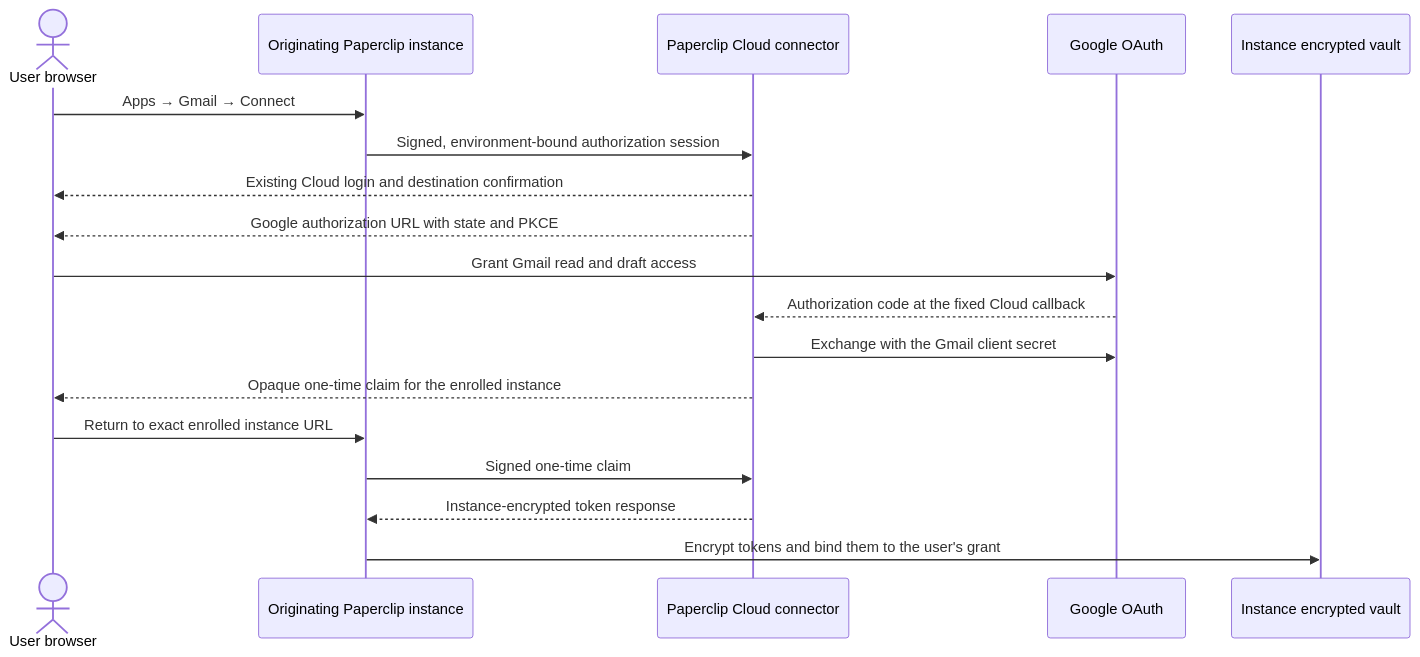
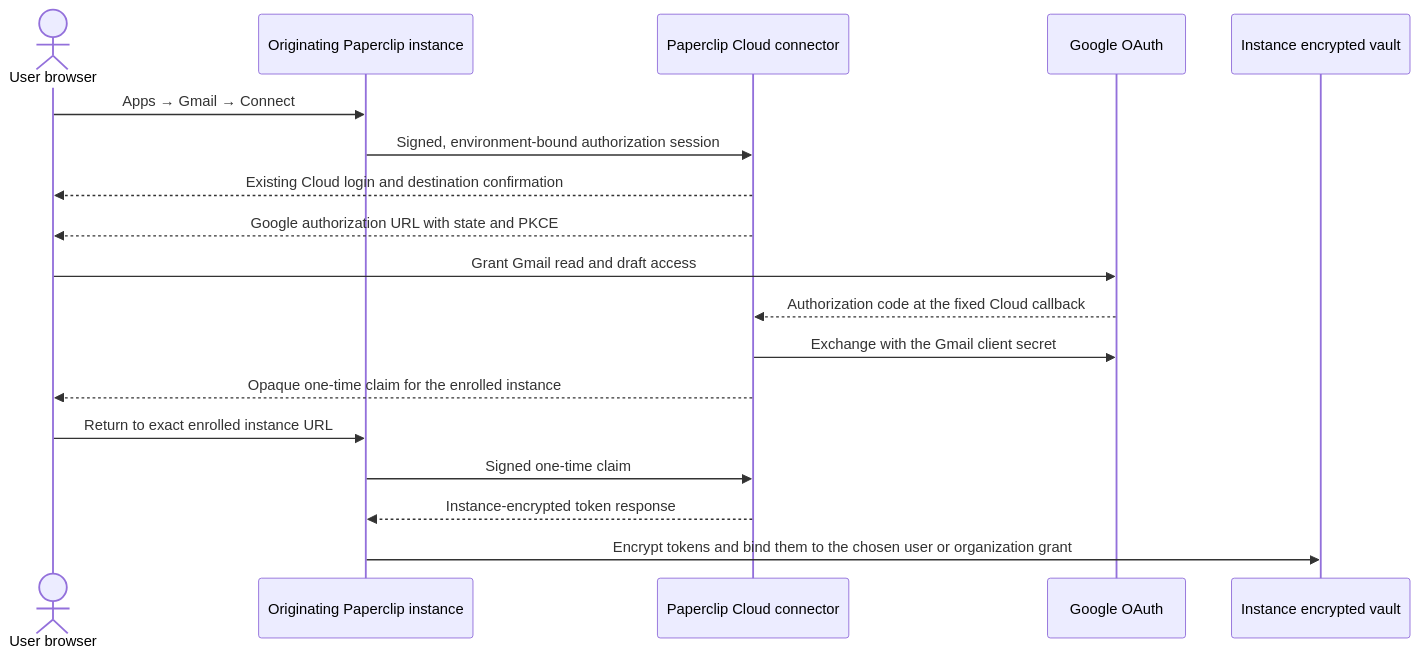
Before and after one commit to itkadr-git/myrmidon: the diagram in doc/connections/GMAIL.md, drawn with Mermaid. The commit also changed other lines of this file and 59 other files, not shown here.

````diff
--- a/doc/connections/GMAIL.md
+++ b/doc/connections/GMAIL.md
@@ -201,21 +201,21 @@
 ```mermaid
 sequenceDiagram
     actor U as User browser
     participant P as Originating Paperclip instance
     participant C as Paperclip Cloud connector
     participant G as Google OAuth
     participant V as Instance encrypted vault
 
     U->>P: Apps → Gmail → Connect
     P->>C: Signed, environment-bound authorization session
     C-->>U: Existing Cloud login and destination confirmation
     C-->>U: Google authorization URL with state and PKCE
     U->>G: Grant Gmail read and draft access
     G-->>C: Authorization code at the fixed Cloud callback
     C->>G: Exchange with the Gmail client secret
     C-->>U: Opaque one-time claim for the enrolled instance
     U->>P: Return to exact enrolled instance URL
     P->>C: Signed one-time claim
     C-->>P: Instance-encrypted token response
-    P->>V: Encrypt tokens and bind them to the user's grant
+    P->>V: Encrypt tokens and bind them to the chosen user or organization grant
 ```
````
